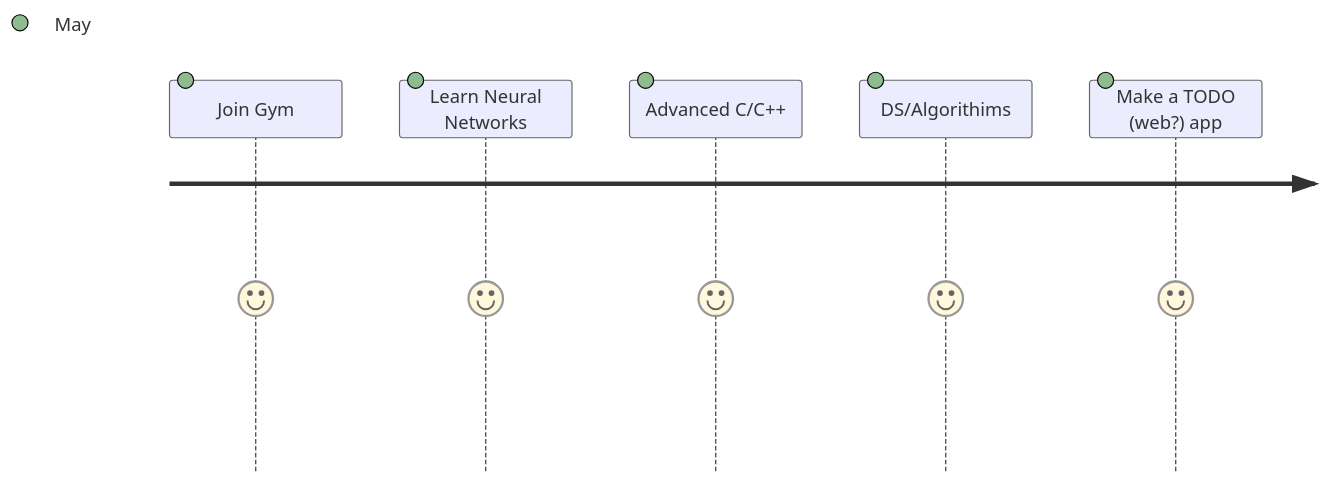
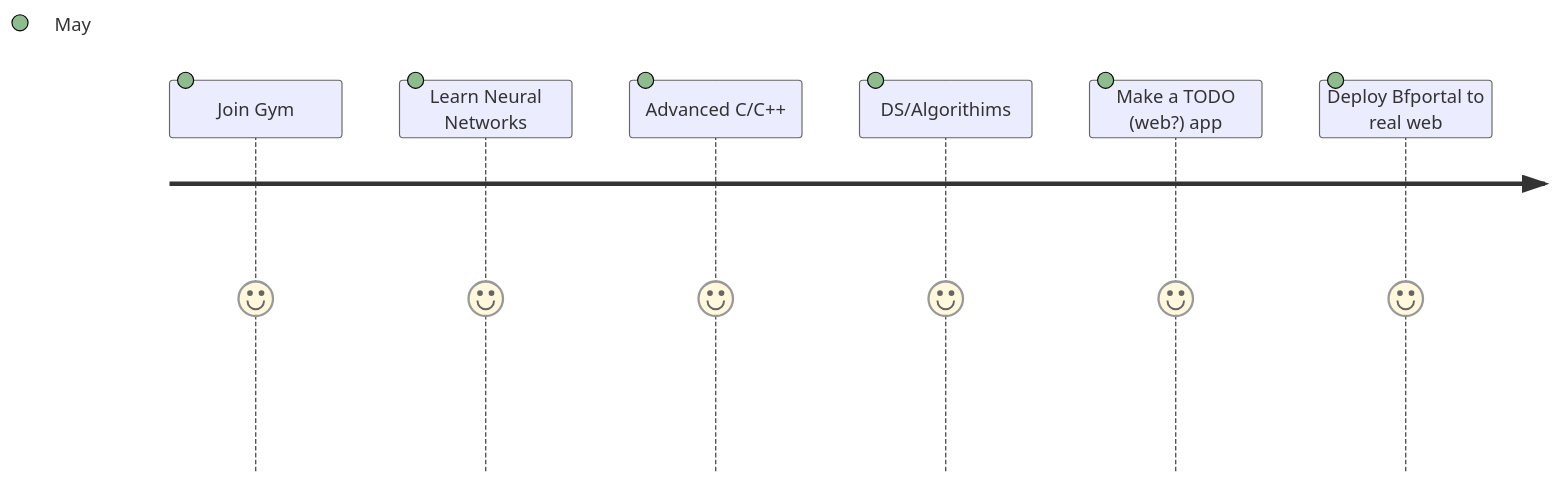
Before and after one commit to p0lygun/p0lygun: the diagram in README.md, drawn with Mermaid. The commit also changed other lines of this file, not shown here.

````diff
--- a/README.md
+++ b/README.md
@@ -34,8 +26,9 @@
 ```mermaid
 journey
     Join Gym:5:May
     Learn Neural Networks: 5: May
     Advanced C/C++: 5: May
     DS/Algorithims:5:May
     Make a TODO (web?) app:5:May
+    Deploy Bfportal to real web:5:May
 ```
````
